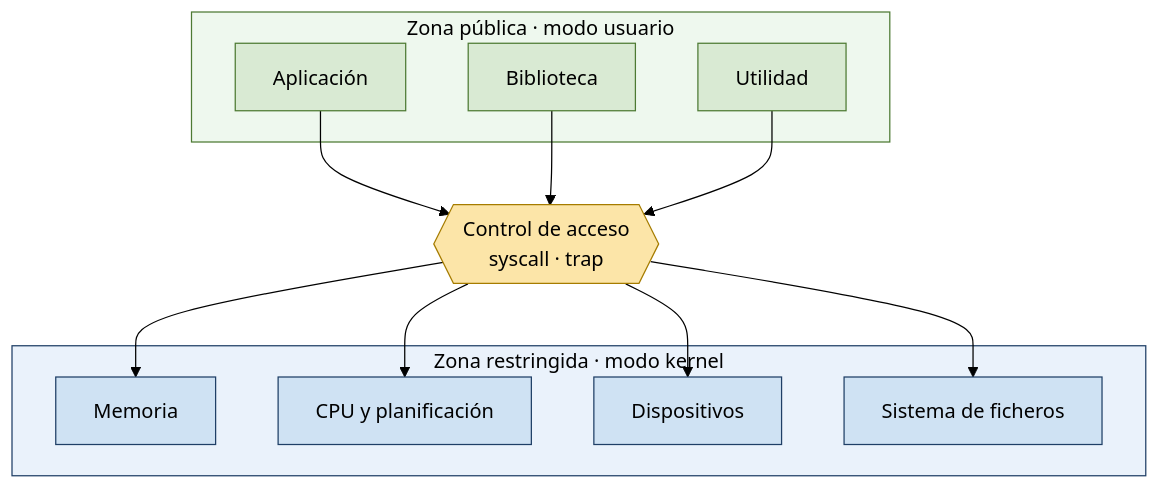
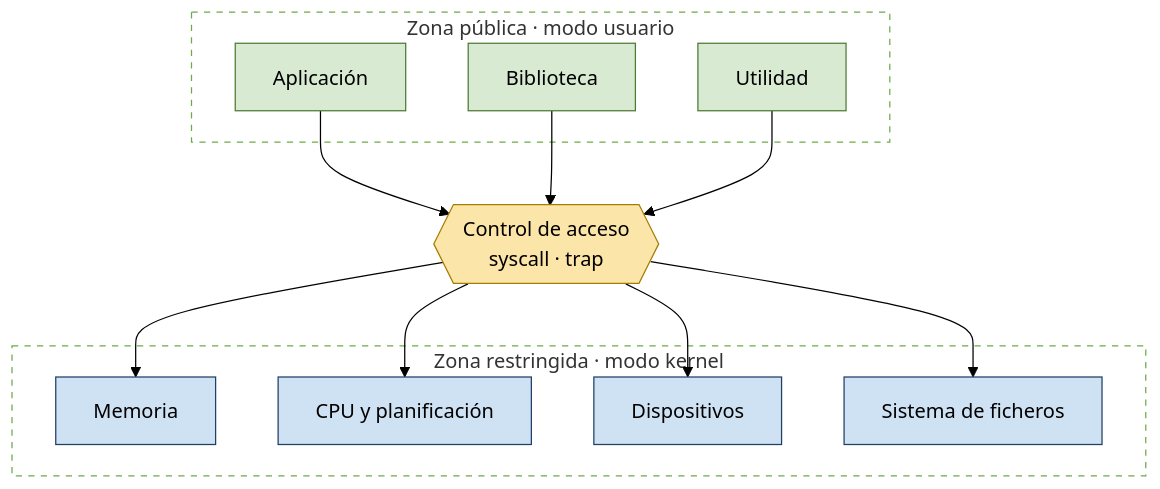
The first of 3 diagrams in TEORIA/02-espacio-usuario-espacio-kernel/README.md (asiermarzo/ssoo), drawn with Mermaid (forest theme) before and after one commit. The commit also changed other lines of this file and 12 other files, not shown here.

Commit message:
ajuste subrects de mermaids

````diff
--- a/TEORIA/02-espacio-usuario-espacio-kernel/README.md
+++ b/TEORIA/02-espacio-usuario-espacio-kernel/README.md
@@ -17,31 +17,31 @@
 ```mermaid
 flowchart TB
     subgraph U["Zona pública · modo usuario"]
         A1[Aplicación]
         A2[Biblioteca]
         A3[Utilidad]
     end
     G{{"Control de acceso<br/>syscall · trap"}}
     subgraph K["Zona restringida · modo kernel"]
         MEM[Memoria]
         CPU[CPU y planificación]
         DEV[Dispositivos]
         FS[Sistema de ficheros]
     end
     A1 --> G
     A2 --> G
     A3 --> G
     G --> MEM
     G --> CPU
     G --> DEV
     G --> FS
 
     classDef usuario fill:#d9ead3,stroke:#4d7a33,color:#000;
     classDef kernel fill:#cfe2f3,stroke:#1f3f66,color:#000;
     classDef gate fill:#fce5a8,stroke:#a67c00,color:#000;
     class A1,A2,A3 usuario;
     class MEM,CPU,DEV,FS kernel;
     class G gate;
-    style U fill:#eef8ee,stroke:#4d7a33,stroke-width:1px,color:#000;
-    style K fill:#eaf2fb,stroke:#1f3f66,stroke-width:1px,color:#000;
+    style U fill:none,stroke-dasharray: 5 5;
+    style K fill:none,stroke-dasharray: 5 5;
 ```
````
